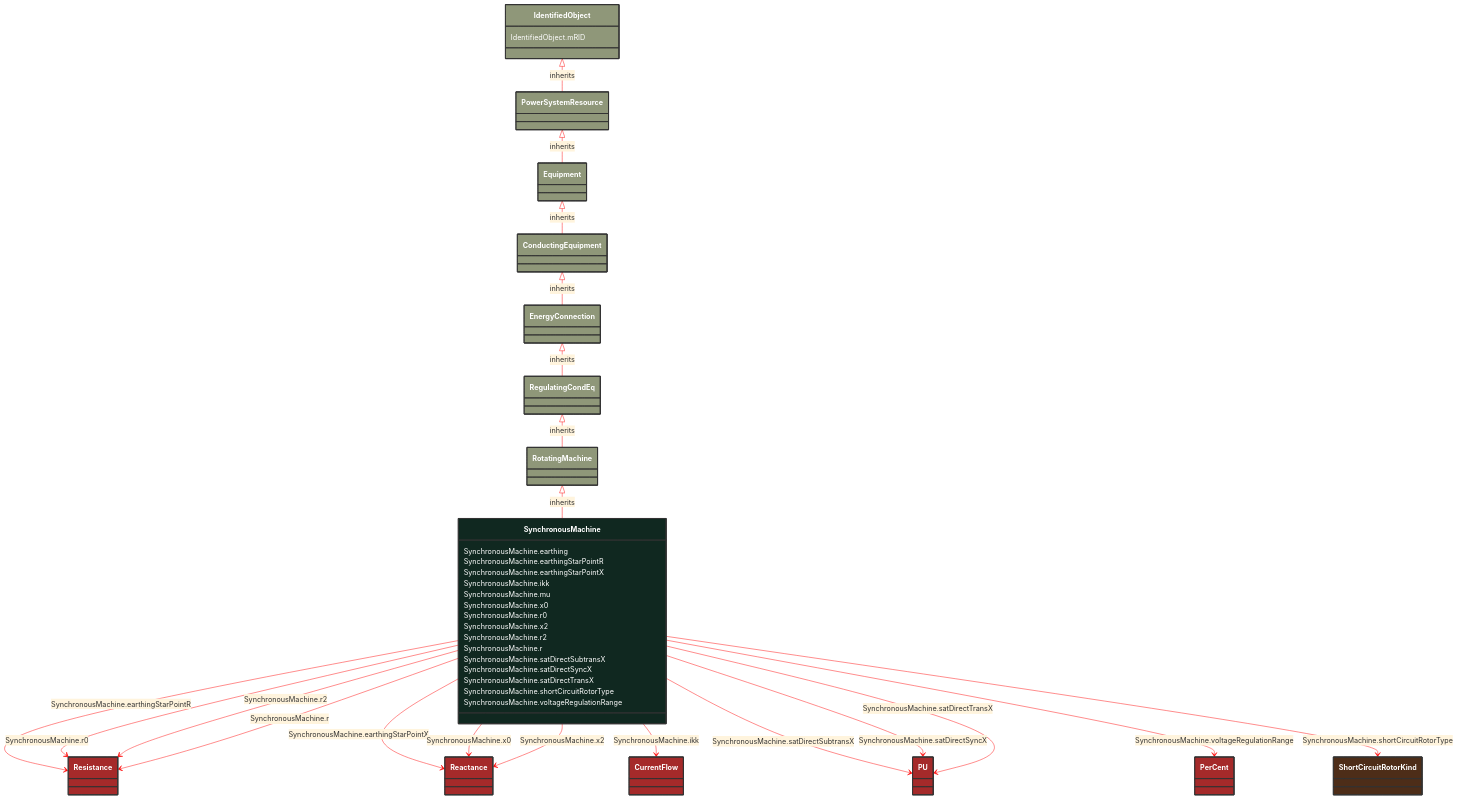
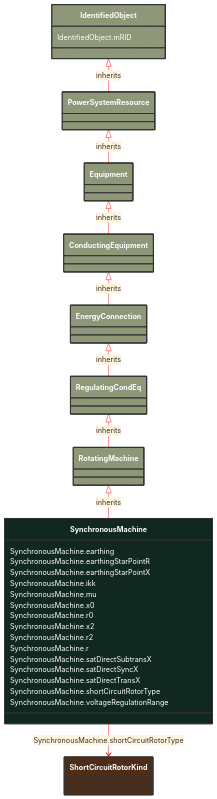
One commit to 3lbits/NoCIMExtensions changed the diagram in docs/Models/Profiles/ShortCircuit/ConcreteClasses/SynchronousMachine.md. Above: the diagram before and after it, drawn with Mermaid. The commit also changed other lines of this file and 397 other files, not shown here.

First line of the commit message:
Refactor CIM schemas to introduce abstract classes and consolidate data types

```diff
--- a/docs/Models/Profiles/ShortCircuit/ConcreteClasses/SynchronousMachine.md
+++ b/docs/Models/Profiles/ShortCircuit/ConcreteClasses/SynchronousMachine.md
@@ -13,93 +13,33 @@
     style SynchronousMachine fill:#102820,stroke:#333,stroke-width:2px,rx:10,ry:10,color:white
      
         RotatingMachine <|-- SynchronousMachine : inherits
-            click RotatingMachine href "/Models/Profiles/ShortCircuit/ConcreteClasses/RotatingMachine/"
+            click RotatingMachine href "/Models/Profiles/ShortCircuit/AbstractClasses/RotatingMachine/"
             style RotatingMachine fill:#8F9779,stroke:#333,stroke-width:2px,rx:10,ry:10,color:white
      
         RegulatingCondEq <|-- RotatingMachine : inherits
-            click RegulatingCondEq href "/Models/Profiles/ShortCircuit/ConcreteClasses/RegulatingCondEq/"
+            click RegulatingCondEq href "/Models/Profiles/ShortCircuit/AbstractClasses/RegulatingCondEq/"
             style RegulatingCondEq fill:#8F9779,stroke:#333,stroke-width:2px,rx:10,ry:10,color:white
      
         EnergyConnection <|-- RegulatingCondEq : inherits
-            click EnergyConnection href "/Models/Profiles/ShortCircuit/ConcreteClasses/EnergyConnection/"
+            click EnergyConnection href "/Models/Profiles/ShortCircuit/AbstractClasses/EnergyConnection/"
             style EnergyConnection fill:#8F9779,stroke:#333,stroke-width:2px,rx:10,ry:10,color:white
      
         ConductingEquipment <|-- EnergyConnection : inherits
-            click ConductingEquipment href "/Models/Profiles/ShortCircuit/ConcreteClasses/ConductingEquipment/"
+            click ConductingEquipment href "/Models/Profiles/ShortCircuit/AbstractClasses/ConductingEquipment/"
             style ConductingEquipment fill:#8F9779,stroke:#333,stroke-width:2px,rx:10,ry:10,color:white
      
         Equipment <|-- ConductingEquipment : inherits
-            click Equipment href "/Models/Profiles/ShortCircuit/ConcreteClasses/Equipment/"
+            click Equipment href "/Models/Profiles/ShortCircuit/AbstractClasses/Equipment/"
             style Equipment fill:#8F9779,stroke:#333,stroke-width:2px,rx:10,ry:10,color:white
      
         PowerSystemResource <|-- Equipment : inherits
-            click PowerSystemResource href "/Models/Profiles/ShortCircuit/ConcreteClasses/PowerSystemResource/"
+            click PowerSystemResource href "/Models/Profiles/ShortCircuit/AbstractClasses/PowerSystemResource/"
             style PowerSystemResource fill:#8F9779,stroke:#333,stroke-width:2px,rx:10,ry:10,color:white
      
         IdentifiedObject <|-- PowerSystemResource : inherits
-            click IdentifiedObject href "/Models/Profiles/ShortCircuit/ConcreteClasses/IdentifiedObject/"
+            click IdentifiedObject href "/Models/Profiles/ShortCircuit/AbstractClasses/IdentifiedObject/"
             style IdentifiedObject fill:#8F9779,stroke:#333,stroke-width:2px,rx:10,ry:10,color:white
 
-        SynchronousMachine --> Resistance : SynchronousMachine.earthingStarPointR
-
-        Resistance
-            click Resistance href "/Models/Profiles/ShortCircuit/ConcreteClasses/Resistance/"
-            style Resistance fill:#A52A2A,stroke:#333,stroke-width:2px,rx:10,ry:10,color:white
-        SynchronousMachine --> Reactance : SynchronousMachine.earthingStarPointX
-
-        Reactance
-            click Reactance href "/Models/Profiles/ShortCircuit/ConcreteClasses/Reactance/"
-            style Reactance fill:#A52A2A,stroke:#333,stroke-width:2px,rx:10,ry:10,color:white
-        SynchronousMachine --> CurrentFlow : SynchronousMachine.ikk
-
-        CurrentFlow
-            click CurrentFlow href "/Models/Profiles/ShortCircuit/ConcreteClasses/CurrentFlow/"
-            style CurrentFlow fill:#A52A2A,stroke:#333,stroke-width:2px,rx:10,ry:10,color:white
-        SynchronousMachine --> Reactance : SynchronousMachine.x0
-
-        Reactance
-            click Reactance href "/Models/Profiles/ShortCircuit/ConcreteClasses/Reactance/"
-            style Reactance fill:#A52A2A,stroke:#333,stroke-width:2px,rx:10,ry:10,color:white
-        SynchronousMachine --> Resistance : SynchronousMachine.r0
-
-        Resistance
-            click Resistance href "/Models/Profiles/ShortCircuit/ConcreteClasses/Resistance/"
-            style Resistance fill:#A52A2A,stroke:#333,stroke-width:2px,rx:10,ry:10,color:white
-        SynchronousMachine --> Reactance : SynchronousMachine.x2
-
-        Reactance
-            click Reactance href "/Models/Profiles/ShortCircuit/ConcreteClasses/Reactance/"
-            style Reactance fill:#A52A2A,stroke:#333,stroke-width:2px,rx:10,ry:10,color:white
-        SynchronousMachine --> Resistance : SynchronousMachine.r2
-
-        Resistance
-            click Resistance href "/Models/Profiles/ShortCircuit/ConcreteClasses/Resistance/"
-            style Resistance fill:#A52A2A,stroke:#333,stroke-width:2px,rx:10,ry:10,color:white
-        SynchronousMachine --> Resistance : SynchronousMachine.r
-
-        Resistance
-            click Resistance href "/Models/Profiles/ShortCircuit/ConcreteClasses/Resistance/"
-            style Resistance fill:#A52A2A,stroke:#333,stroke-width:2px,rx:10,ry:10,color:white
-        SynchronousMachine --> PU : SynchronousMachine.satDirectSubtransX
-
-        PU
-            click PU href "/Models/Profiles/ShortCircuit/ConcreteClasses/PU/"
-            style PU fill:#A52A2A,stroke:#333,stroke-width:2px,rx:10,ry:10,color:white
-        SynchronousMachine --> PU : SynchronousMachine.satDirectSyncX
-
-        PU
-            click PU href "/Models/Profiles/ShortCircuit/ConcreteClasses/PU/"
-            style PU fill:#A52A2A,stroke:#333,stroke-width:2px,rx:10,ry:10,color:white
-        SynchronousMachine --> PU : SynchronousMachine.satDirectTransX
-
-        PU
-            click PU href "/Models/Profiles/ShortCircuit/ConcreteClasses/PU/"
-            style PU fill:#A52A2A,stroke:#333,stroke-width:2px,rx:10,ry:10,color:white
-        SynchronousMachine --> PerCent : SynchronousMachine.voltageRegulationRange
-
-        PerCent
-            click PerCent href "/Models/Profiles/ShortCircuit/ConcreteClasses/PerCent/"
-            style PerCent fill:#A52A2A,stroke:#333,stroke-width:2px,rx:10,ry:10,color:white
 
         SynchronousMachine --> ShortCircuitRotorKind : SynchronousMachine.shortCircuitRotorType
 
```
